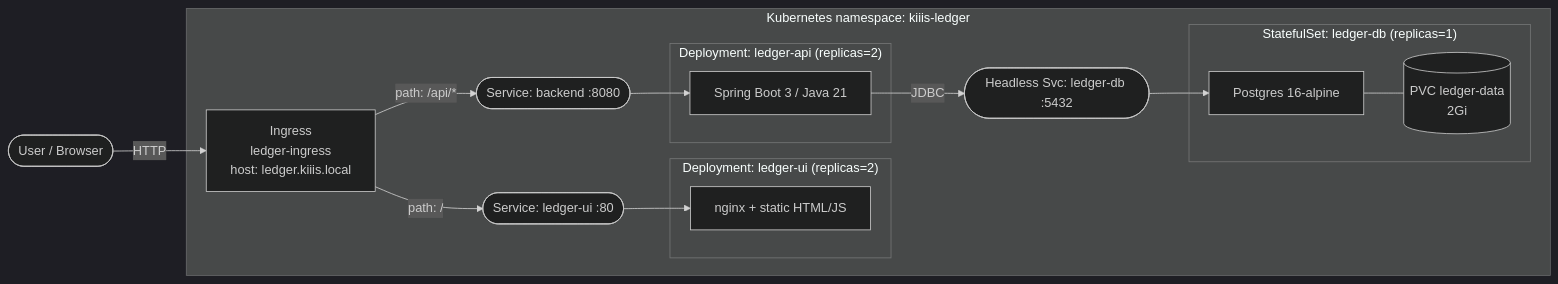
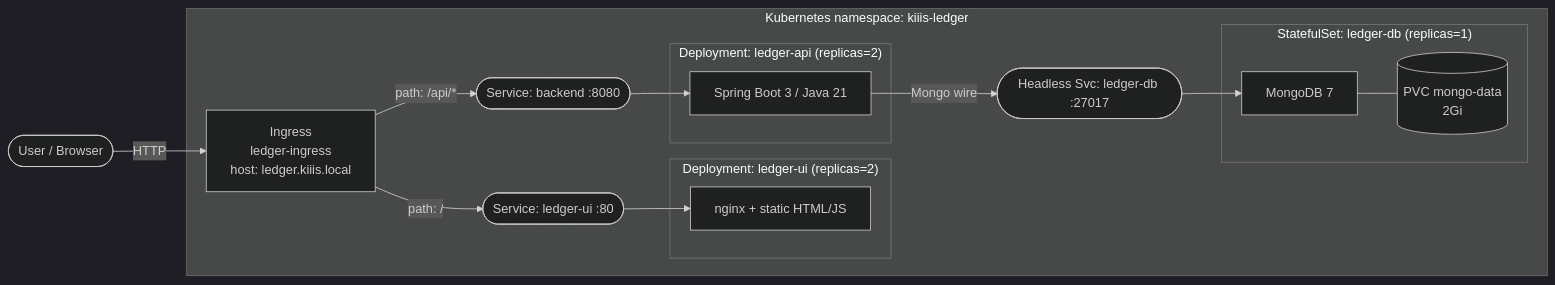
One commit to Nikola-Todorov/expense-tracker changed the diagram in README.md. Above: the diagram before and after it, drawn with Mermaid (dark theme). The commit also changed other lines of this file and 10 other files, not shown here.

````diff
--- a/README.md
+++ b/README.md
@@ -16,32 +16,32 @@
 ```mermaid
 flowchart LR
     User([User / Browser])
 
     subgraph Cluster["Kubernetes namespace: kiiis-ledger"]
         Ing["Ingress<br/>ledger-ingress<br/>host: ledger.kiiis.local"]
 
         subgraph UI["Deployment: ledger-ui (replicas=2)"]
             UIPod1[nginx + static HTML/JS]
         end
 
         subgraph API["Deployment: ledger-api (replicas=2)"]
             APIPod1[Spring Boot 3 / Java 21]
         end
 
         subgraph DB["StatefulSet: ledger-db (replicas=1)"]
-            DBPod[Postgres 16-alpine]
-            PVC[(PVC ledger-data<br/>2Gi)]
+            DBPod[MongoDB 7]
+            PVC[(PVC mongo-data<br/>2Gi)]
             DBPod --- PVC
         end
 
         SvcUI([Service: ledger-ui :80])
         SvcAPI([Service: backend :8080])
-        SvcDB([Headless Svc: ledger-db :5432])
+        SvcDB([Headless Svc: ledger-db :27017])
 
         Ing -- "path: /" --> SvcUI --> UIPod1
         Ing -- "path: /api/*" --> SvcAPI --> APIPod1
-        APIPod1 -- "JDBC" --> SvcDB --> DBPod
+        APIPod1 -- "Mongo wire" --> SvcDB --> DBPod
     end
 
     User -- "HTTP" --> Ing
 ```
````
